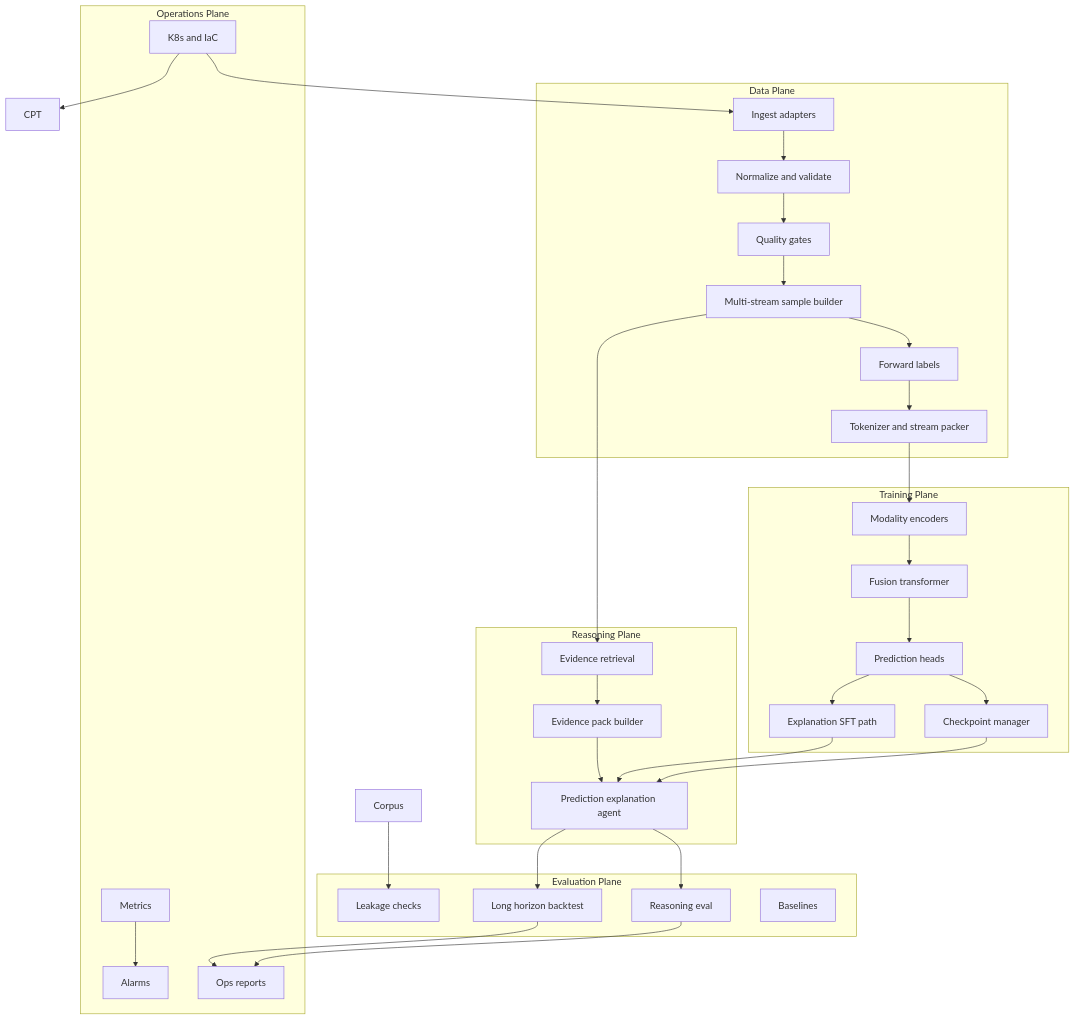
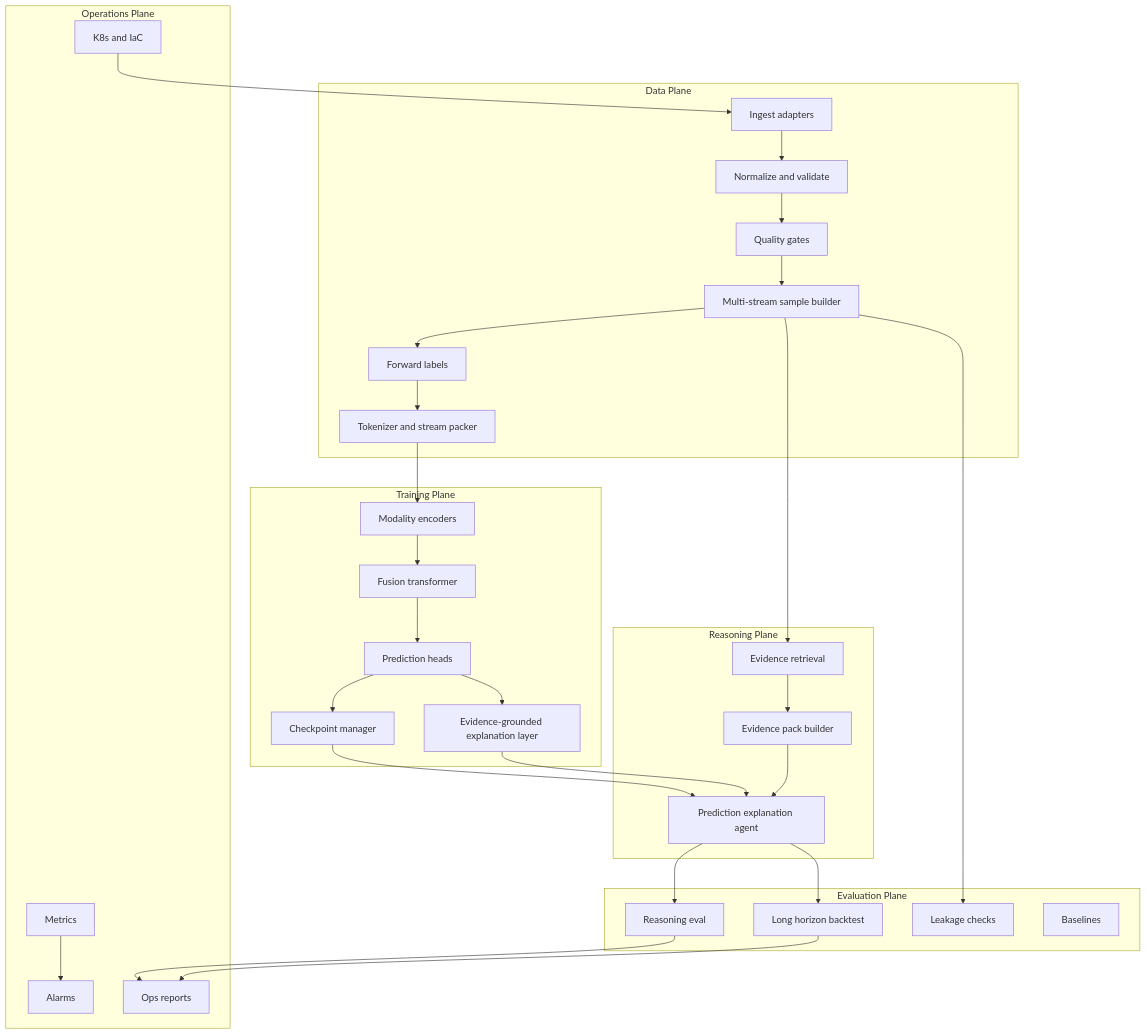
The second of 4 diagrams in docs/high-level-design.md (duoan/mega-trading), drawn with Mermaid before and after one commit. The commit also changed other lines of this file and 36 other files, not shown here.

````diff
--- a/docs/high-level-design.md
+++ b/docs/high-level-design.md
@@ -86,53 +86,52 @@
 ```mermaid
 flowchart TB
     subgraph dataPlane [Data Plane]
         Ingest[Ingest adapters]
         Normalize[Normalize and validate]
         Quality[Quality gates]
         Samples[Multi-stream sample builder]
         Labels[Forward labels]
         Tokenize[Tokenizer and stream packer]
     end
 
     subgraph trainPlane [Training Plane]
         Encoders[Modality encoders]
         Fusion[Fusion transformer]
         Heads[Prediction heads]
-        Explain[Explanation SFT path]
+        Explain[Evidence-grounded explanation layer]
         Checkpoint[Checkpoint manager]
     end
 
     subgraph reasoningPlane [Reasoning Plane]
         Retrieve[Evidence retrieval]
         Prompt[Evidence pack builder]
         Agent[Prediction explanation agent]
     end
 
     subgraph evalPlane [Evaluation Plane]
         ReasonEval[Reasoning eval]
         Backtest[Long horizon backtest]
         Leakage[Leakage checks]
         Baselines[Baselines]
     end
 
     subgraph opsPlane [Operations Plane]
         Metrics[Metrics]
         Alarms[Alarms]
         Reports[Ops reports]
         Deploy[K8s and IaC]
     end
 
     Ingest --> Normalize --> Quality --> Samples --> Labels --> Tokenize
     Tokenize --> Encoders --> Fusion --> Heads --> Checkpoint
     Heads --> Explain --> Agent
     Samples --> Retrieve --> Prompt --> Agent
     Checkpoint --> Agent
     Agent --> ReasonEval
     Agent --> Backtest
-    Corpus --> Leakage
+    Samples --> Leakage
     Backtest --> Reports
     ReasonEval --> Reports
     Metrics --> Alarms
     Deploy --> Ingest
-    Deploy --> CPT
 ```
````
